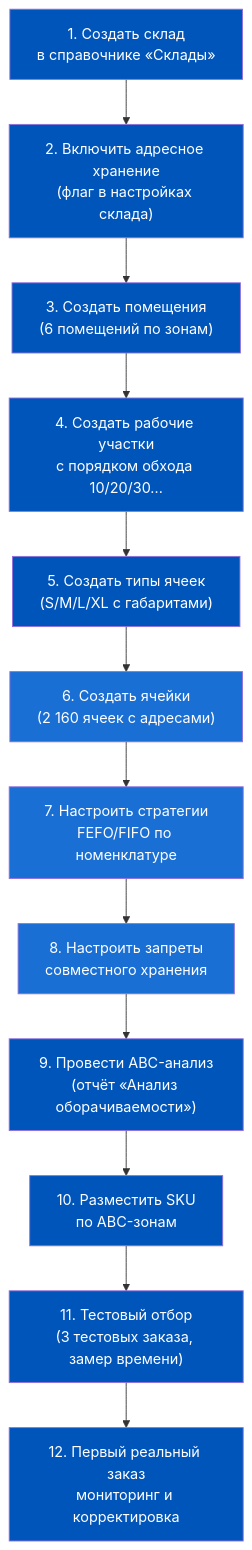
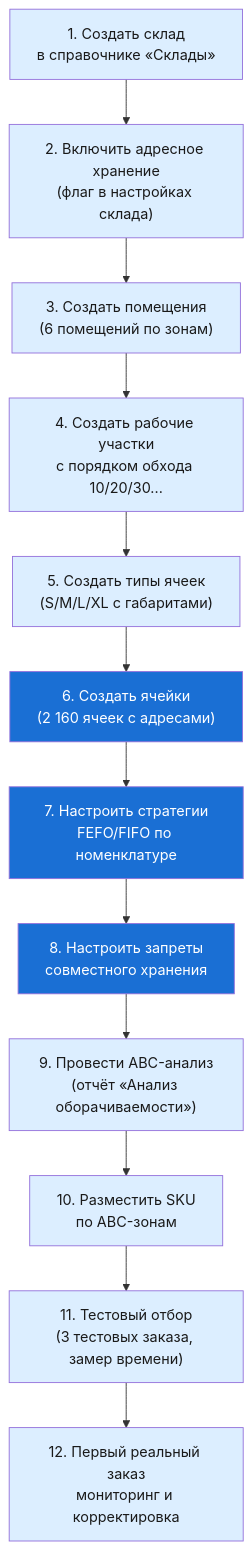
Before and after one commit to murad1986/1c-erp-quartz: the fifth of 6 diagrams in content/1c-erp/week_4/Неделя 4 - День 6 - Практикум по топологии склада.md, drawn with Mermaid. The commit also changed other lines of this file and 57 other files, not shown here.

First line of the commit message:
fix: Mermaid — пастельные цвета в источниках диаграмм (56 файлов)

````diff
--- a/content/1c-erp/week_4/Неделя 4 - День 6 - Практикум по топологии склада.md
+++ b/content/1c-erp/week_4/Неделя 4 - День 6 - Практикум по топологии склада.md
@@ -315,27 +315,27 @@
 ```mermaid
 flowchart TD
     S1["1. Создать склад<br/>в справочнике «Склады»"] --> S2["2. Включить адресное хранение<br/>(флаг в настройках склада)"]
     S2 --> S3["3. Создать помещения<br/>(6 помещений по зонам)"]
     S3 --> S4["4. Создать рабочие участки<br/>с порядком обхода 10/20/30..."]
     S4 --> S5["5. Создать типы ячеек<br/>(S/M/L/XL с габаритами)"]
     S5 --> S6["6. Создать ячейки<br/>(2 160 ячеек с адресами)"]
     S6 --> S7["7. Настроить стратегии<br/>FEFO/FIFO по номенклатуре"]
     S7 --> S8["8. Настроить запреты<br/>совместного хранения"]
     S8 --> S9["9. Провести ABC-анализ<br/>(отчёт «Анализ оборачиваемости»)"]
     S9 --> S10["10. Разместить SKU<br/>по ABC-зонам"]
     S10 --> S11["11. Тестовый отбор<br/>(3 тестовых заказа, замер времени)"]
     S11 --> S12["12. Первый реальный заказ<br/>мониторинг и корректировка"]
 
-    style S1 fill:#0055BB,color:#fff
-    style S2 fill:#0055BB,color:#fff
-    style S3 fill:#0055BB,color:#fff
-    style S4 fill:#0055BB,color:#fff
-    style S5 fill:#0055BB,color:#fff
+    style S1 fill:#dceeff,color:#1a1a1a
+    style S2 fill:#dceeff,color:#1a1a1a
+    style S3 fill:#dceeff,color:#1a1a1a
+    style S4 fill:#dceeff,color:#1a1a1a
+    style S5 fill:#dceeff,color:#1a1a1a
     style S6 fill:#1a6fd4,color:#fff
     style S7 fill:#1a6fd4,color:#fff
     style S8 fill:#1a6fd4,color:#fff
-    style S9 fill:#0055BB,color:#fff
-    style S10 fill:#0055BB,color:#fff
-    style S11 fill:#0055BB,color:#fff
-    style S12 fill:#0055BB,color:#fff
+    style S9 fill:#dceeff,color:#1a1a1a
+    style S10 fill:#dceeff,color:#1a1a1a
+    style S11 fill:#dceeff,color:#1a1a1a
+    style S12 fill:#dceeff,color:#1a1a1a
 ```
````
